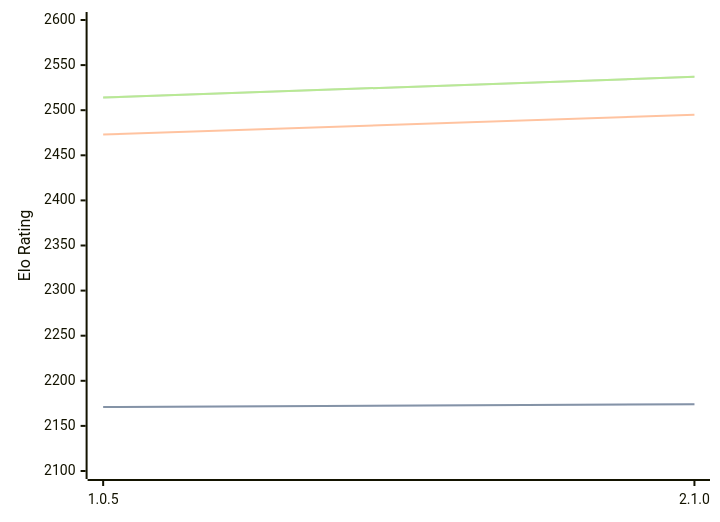
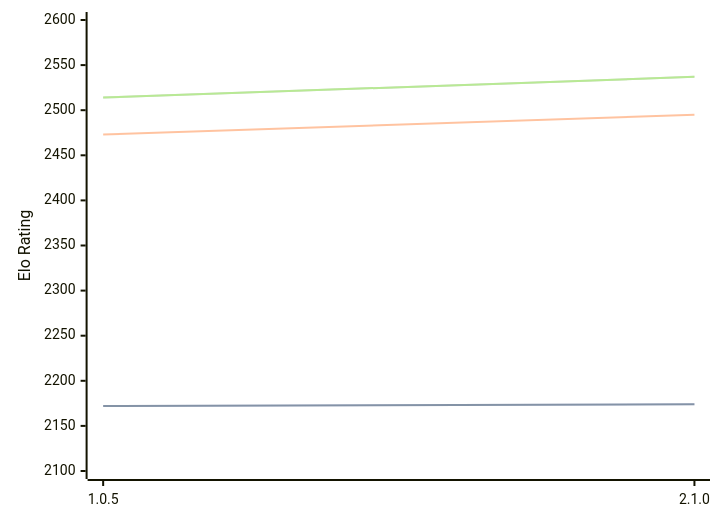
Before and after one commit to computer-chess-index/cci: the diagram in engines/Ruffian.md, drawn with Mermaid. The commit also changed other lines of this file, not shown here.

````diff
--- a/engines/Ruffian.md
+++ b/engines/Ruffian.md
@@ -32,11 +32,11 @@
 ```mermaid
 %%{init: {"theme":"base","themeVariables":{"seriesColors:['#a3a3a3','#222221','#faa371']}}}%%
 xychart-beta
   x-axis ["1.0.5", "2.1.0"]
   y-axis "Elo Rating" 2100 --> 2600
-  line "STC (8.0+0.08s)" [2171, 2174]
-  line "STC (8.0+0.08s)" [2171, 2174]
+  line "STC (8.0+0.08s)" [2172, 2174]
+  line "STC (8.0+0.08s)" [2172, 2174]
   line "LTC (60.0+0.60s)" [2473, 2495]
   line "VLTC (2m24s+1.12s)" [2514, 2537]
   line "VLTC (2m24s+1.12s)" [2514, 2537]
 ```
````
